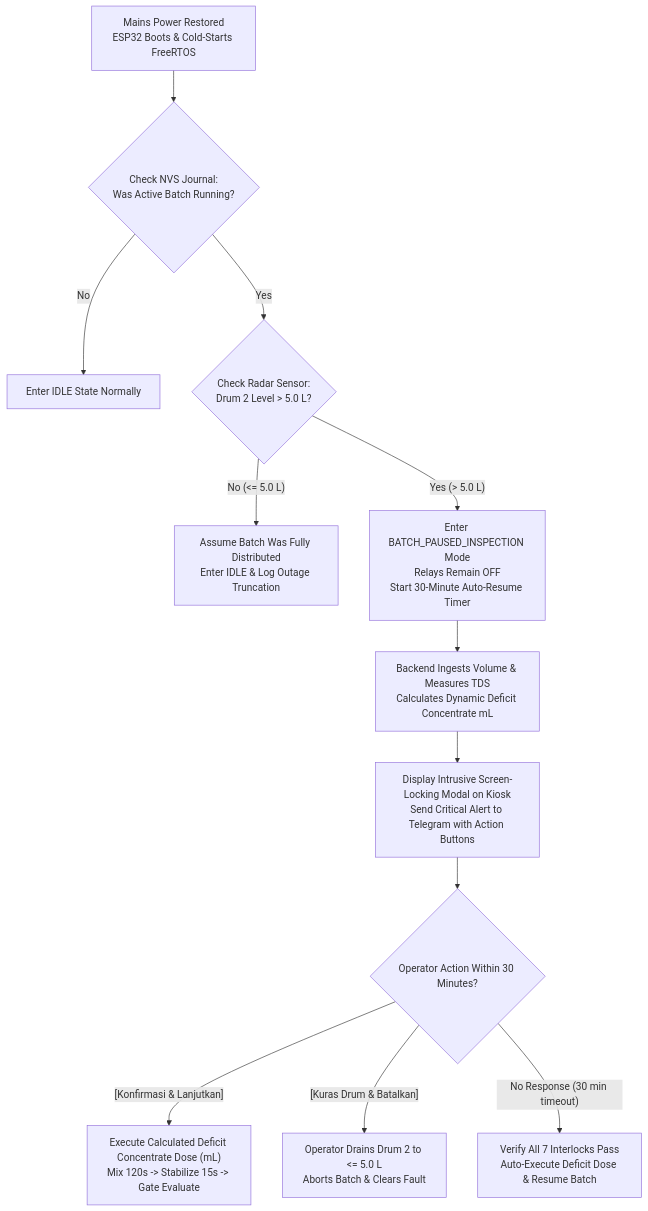
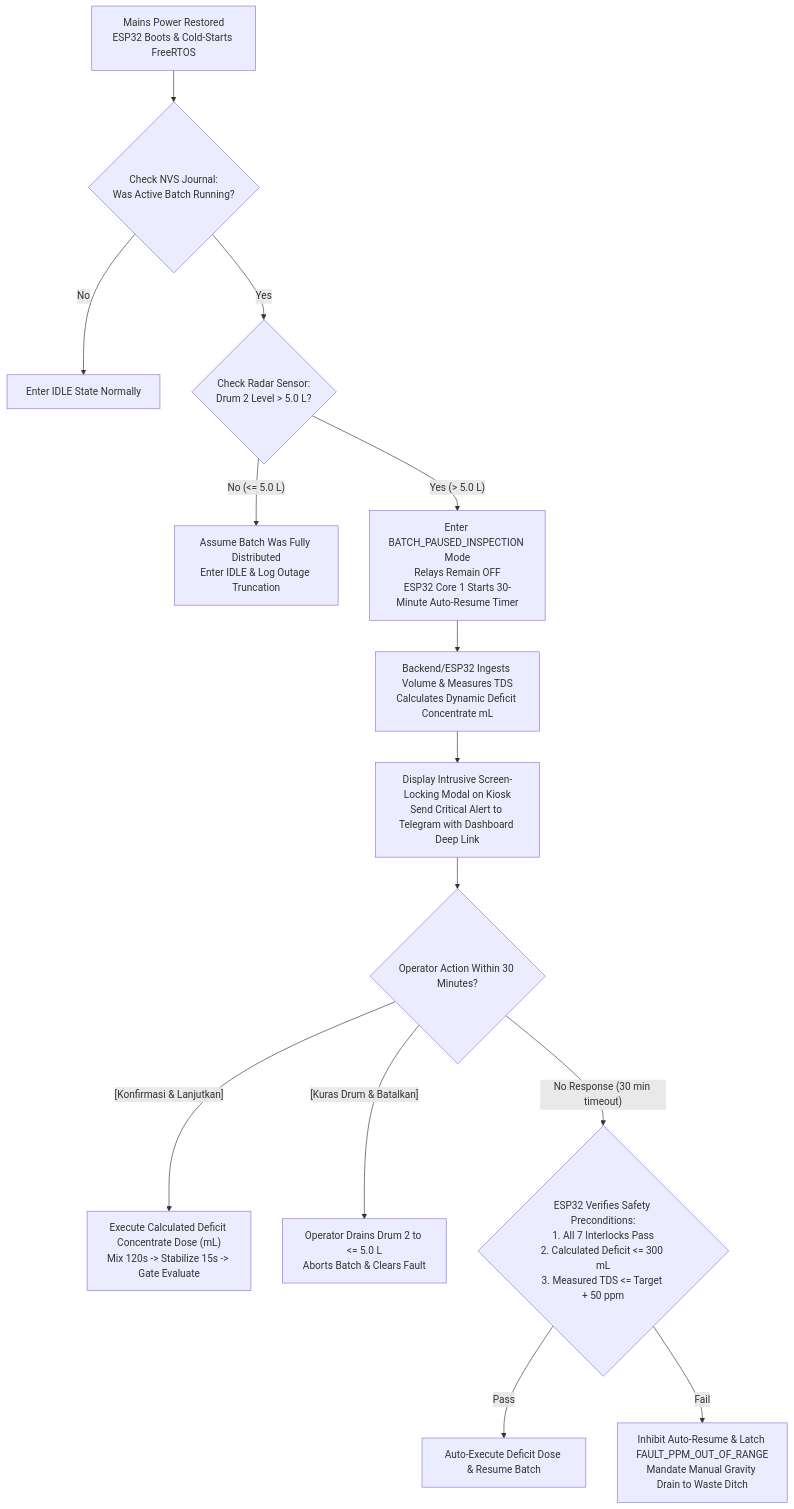
One commit to imFreed0m/desanomia changed the fifth of 5 diagrams in brain/09_ERROR_HANDLING.md. Above: the diagram before and after it, drawn with Mermaid. The commit also changed other lines of this file and 17 other files, not shown here.

````diff
--- a/brain/09_ERROR_HANDLING.md
+++ b/brain/09_ERROR_HANDLING.md
@@ -210,19 +232,22 @@
 ```mermaid
 flowchart TD
     PowerRestored["Mains Power Restored\nESP32 Boots & Cold-Starts FreeRTOS"] --> CheckNVS{"Check NVS Journal:\nWas Active Batch Running?"}
     
     CheckNVS -- No --> NormalBoot["Enter IDLE State Normally"]
     CheckNVS -- Yes --> CheckLevel{"Check Radar Sensor:\nDrum 2 Level > 5.0 L?"}
     
     CheckLevel -- No (<= 5.0 L) --> Depleted["Assume Batch Was Fully Distributed\nEnter IDLE & Log Outage Truncation"]
-    CheckLevel -- Yes (> 5.0 L) --> PausedMode["Enter BATCH_PAUSED_INSPECTION Mode\nRelays Remain OFF\nStart 30-Minute Auto-Resume Timer"]
+    CheckLevel -- Yes (> 5.0 L) --> PausedMode["Enter BATCH_PAUSED_INSPECTION Mode\nRelays Remain OFF\nESP32 Core 1 Starts 30-Minute Auto-Resume Timer"]
     
-    PausedMode --> BackendCalc["Backend Ingests Volume & Measures TDS\nCalculates Dynamic Deficit Concentrate mL"]
-    BackendCalc --> UIModal["Display Intrusive Screen-Locking Modal on Kiosk\nSend Critical Alert to Telegram with Action Buttons"]
+    PausedMode --> BackendCalc["Backend/ESP32 Ingests Volume & Measures TDS\nCalculates Dynamic Deficit Concentrate mL"]
+    BackendCalc --> UIModal["Display Intrusive Screen-Locking Modal on Kiosk\nSend Critical Alert to Telegram with Dashboard Deep Link"]
     
     UIModal --> Decision{"Operator Action Within 30 Minutes?"}
     
     Decision -- "[Konfirmasi & Lanjutkan]" --> DeficitDose["Execute Calculated Deficit Concentrate Dose (mL)\nMix 120s -> Stabilize 15s -> Gate Evaluate"]
     Decision -- "[Kuras Drum & Batalkan]" --> ManualAbort["Operator Drains Drum 2 to <= 5.0 L\nAborts Batch & Clears Fault"]
-    Decision -- No Response (30 min timeout) --> AutoResume["Verify All 7 Interlocks Pass\nAuto-Execute Deficit Dose & Resume Batch"]
+    Decision -- No Response (30 min timeout) --> AutoResumeCheck{"ESP32 Verifies Safety Preconditions:\n1. All 7 Interlocks Pass\n2. Calculated Deficit <= 300 mL\n3. Measured TDS <= Target + 50 ppm"}
+    
+    AutoResumeCheck -- Pass --> AutoResume["Auto-Execute Deficit Dose & Resume Batch"]
+    AutoResumeCheck -- Fail --> AbortDrain["Inhibit Auto-Resume & Latch FAULT_PPM_OUT_OF_RANGE\nMandate Manual Gravity Drain to Waste Ditch"]
 ```
````
